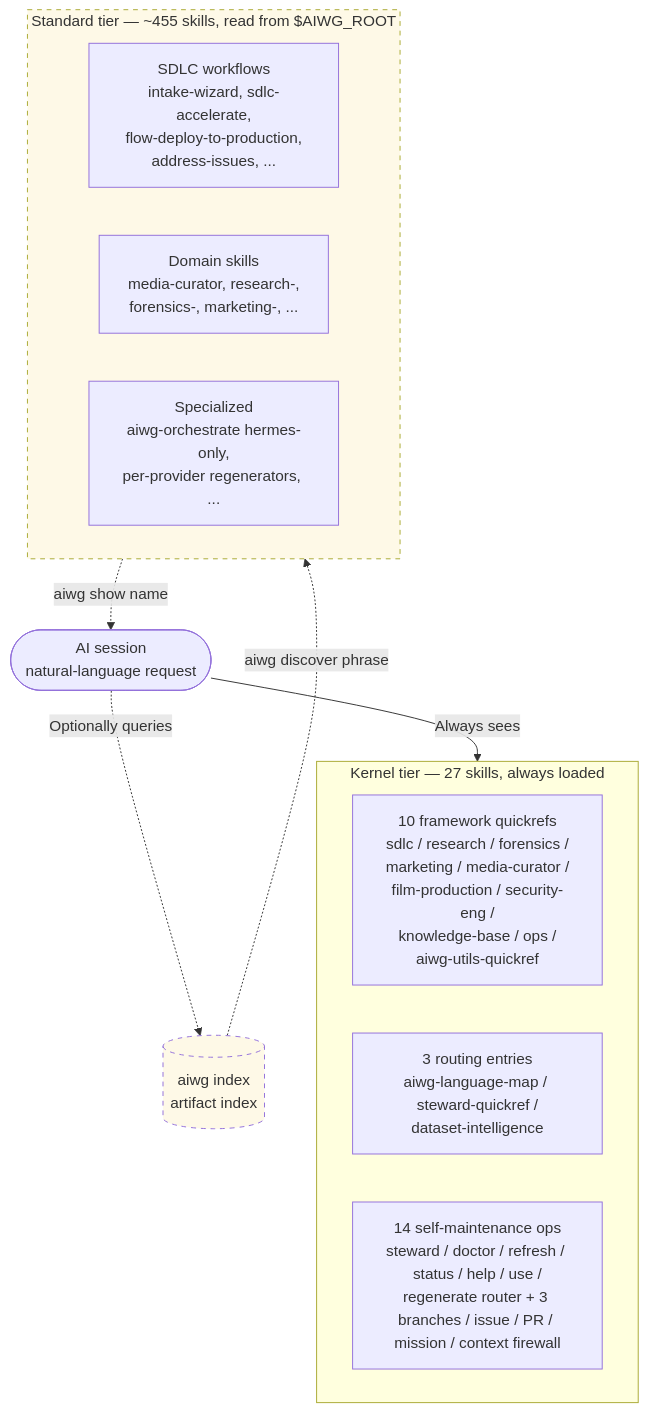
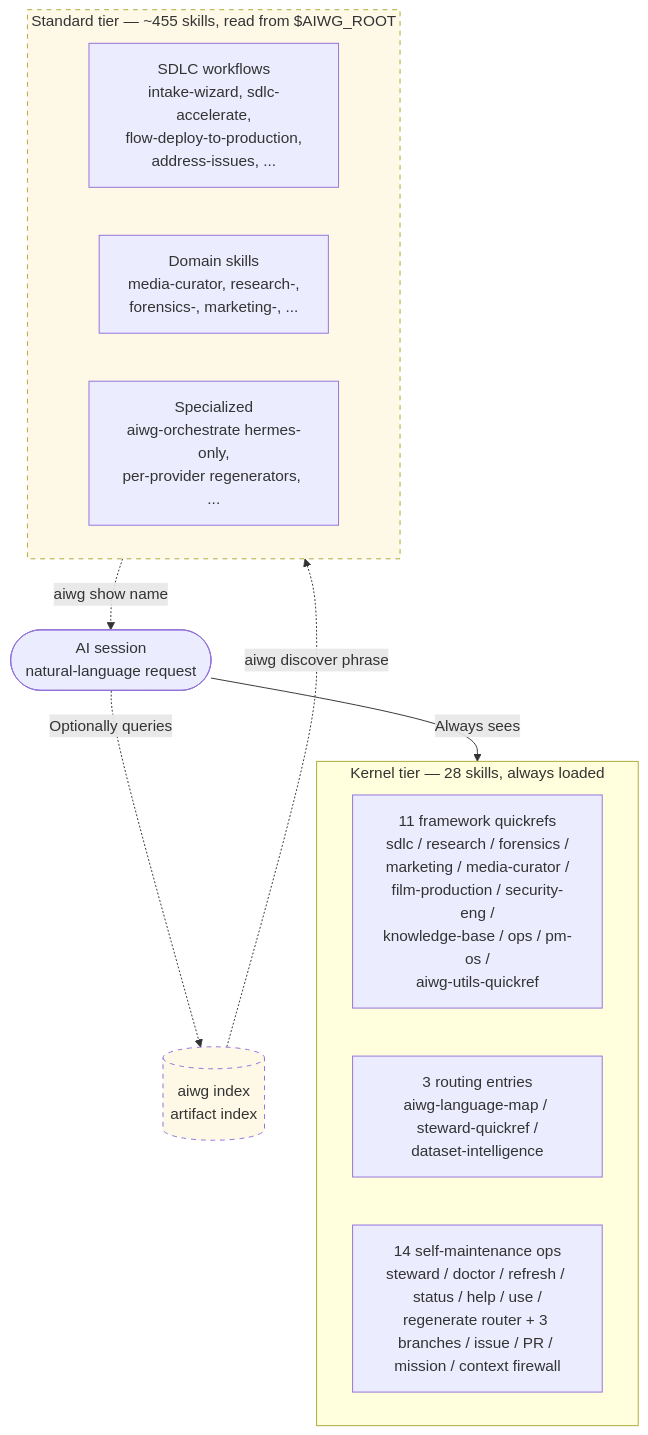
Before and after one commit to ChronodeAi/aiwg: the first of 2 diagrams in docs/cli/capability-routing.md, drawn with Mermaid. The commit also changed other lines of this file and 774 other files, not shown here.

````diff
--- a/docs/cli/capability-routing.md
+++ b/docs/cli/capability-routing.md
@@ -111,27 +111,27 @@
 ```mermaid
 flowchart TB
-  subgraph KERNEL["Kernel tier — 27 skills, always loaded"]
+  subgraph KERNEL["Kernel tier — 28 skills, always loaded"]
     direction LR
-    K1[10 framework quickrefs<br/>sdlc / research / forensics /<br/>marketing / media-curator /<br/>film-production / security-eng /<br/>knowledge-base / ops /<br/>aiwg-utils-quickref]
+    K1[11 framework quickrefs<br/>sdlc / research / forensics /<br/>marketing / media-curator /<br/>film-production / security-eng /<br/>knowledge-base / ops / pm-os /<br/>aiwg-utils-quickref]
     K2[3 routing entries<br/>aiwg-language-map / steward-quickref /<br/>dataset-intelligence]
     K3[14 self-maintenance ops<br/>steward / doctor / refresh / status / help / use /<br/>regenerate router + 3 branches / issue / PR / mission / context firewall]
   end
 
   subgraph STANDARD["Standard tier — ~455 skills, read from $AIWG_ROOT"]
     direction LR
     S1[SDLC workflows<br/>intake-wizard, sdlc-accelerate,<br/>flow-deploy-to-production,<br/>address-issues, ...]
     S2[Domain skills<br/>media-curator, research-,<br/>forensics-, marketing-, ...]
     S3[Specialized<br/>aiwg-orchestrate hermes-only,<br/>per-provider regenerators, ...]
   end
 
   AGENT([AI session<br/>natural-language request])
 
   AGENT -->|Always sees| KERNEL
   AGENT -.->|Optionally queries| INDEX[(aiwg index<br/>artifact index)]
   INDEX -.->|aiwg discover phrase| STANDARD
   STANDARD -.->|aiwg show name| AGENT
 
   classDef optional stroke-dasharray: 5 5,fill:#fef9e7
   class INDEX optional
   class STANDARD optional
 ```
````
